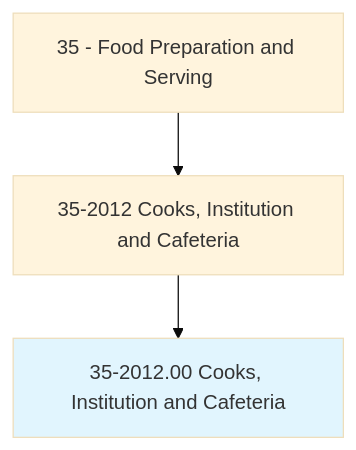
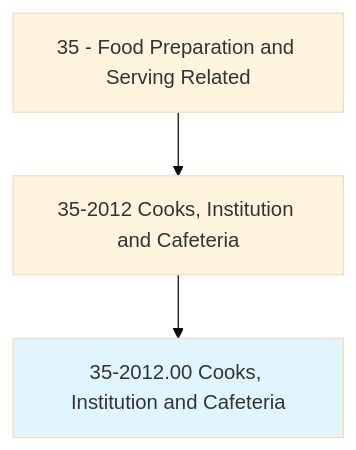
Before and after one commit to kziemski/business.org.ai: the first of 4 diagrams in occupations/FoodService/CooksInstitutionAndCafeteria.mdx, drawn with Mermaid (base theme). The commit also changed other lines of this file and 938 other files, not shown here.

````diff
--- a/occupations/FoodService/CooksInstitutionAndCafeteria.mdx
+++ b/occupations/FoodService/CooksInstitutionAndCafeteria.mdx
@@ -19,6 +23,6 @@
 ```mermaid
 graph TD
-    Cat35["35 - Food Preparation and Serving"] --> Group352012["35-2012 Cooks, Institution and Cafeteria"]
+    Cat35["35 - Food Preparation and Serving Related"] --> Group352012["35-2012 Cooks, Institution and Cafeteria"]
     Group352012 --> Current["35-2012.00 Cooks, Institution and Cafeteria"]
     style Current fill:#e1f5fe
 ```
````
